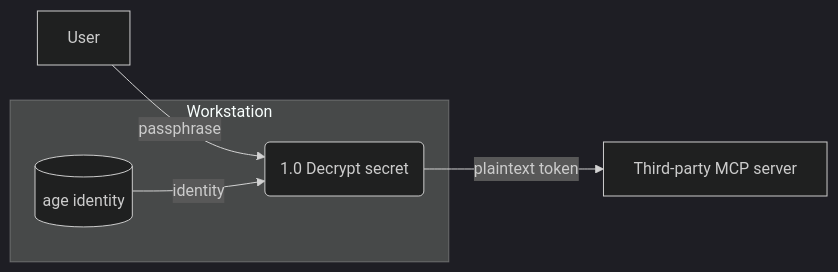
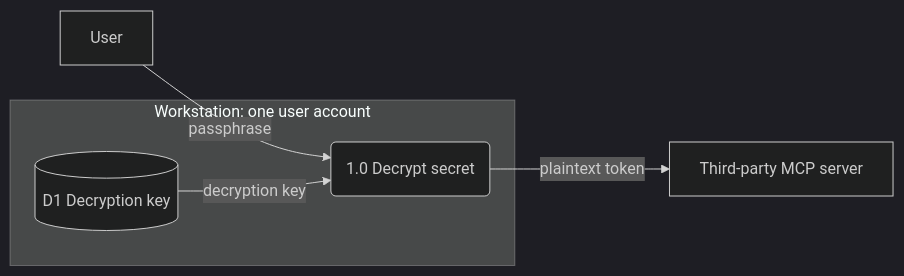
The diagram in dot_claude/skills/dfd/SKILL.md (alunduil/alunduil-chezmoi), drawn with Mermaid (dark theme) before and after one commit. The commit also changed other lines of this file and 2 other files, not shown here.

First line of the commit message:
Fold the genshin data flow layout into the dfd skill

````diff
--- a/dot_claude/skills/dfd/SKILL.md
+++ b/dot_claude/skills/dfd/SKILL.md
@@ -109,14 +116,14 @@
 ```mermaid
 flowchart LR
   user[User]
   mcp[Third-party MCP server]
 
-  subgraph host[Workstation]
+  subgraph host[Workstation: one user account]
     decrypt(1.0 Decrypt secret)
-    key[(age identity)]
+    key[(D1 Decryption key)]
   end
 
   user -->|passphrase| decrypt
-  key -->|identity| decrypt
+  key -->|decryption key| decrypt
   decrypt -->|plaintext token| mcp
 ```
````
